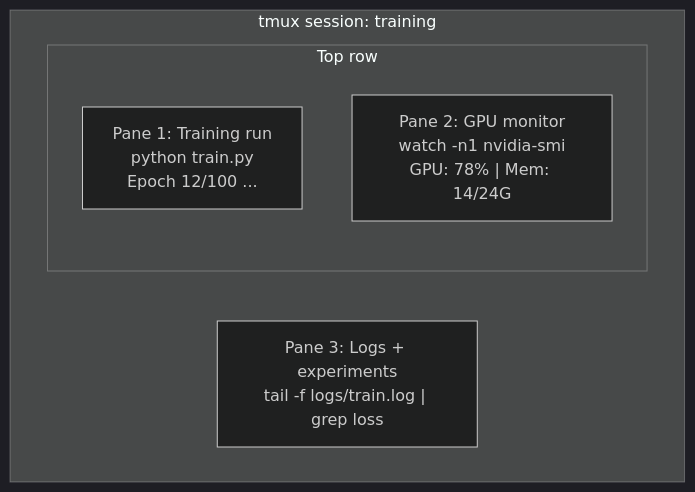
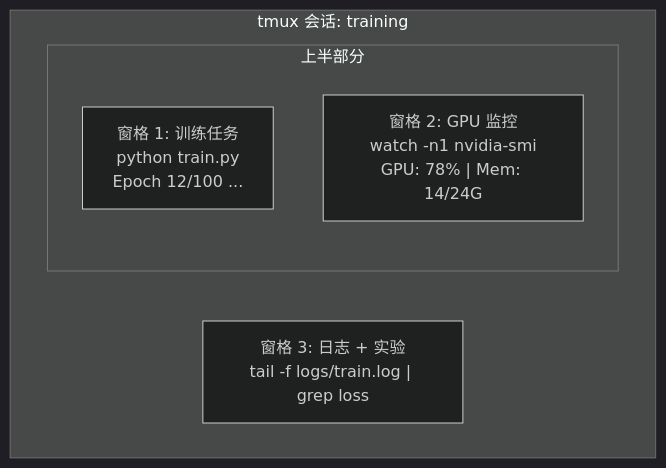
Before and after one commit to alessandrodinisio-ai/ai-engineering-learning-framework: the diagram in phases/00-setup-and-tooling/10-terminal-and-shell/docs/zh.md, drawn with Mermaid (dark theme). The commit also changed 120 other files, not shown here.

First line of the commit message:
i18n(mermaid): 337 个 mermaid 图表标签中文化

````diff
--- a/phases/00-setup-and-tooling/10-terminal-and-shell/docs/zh.md
+++ b/phases/00-setup-and-tooling/10-terminal-and-shell/docs/zh.md
@@ -25,10 +25,10 @@
 ```mermaid
 graph TD
-    subgraph tmux["tmux session: training"]
-        subgraph top["Top row"]
-            P1["Pane 1: Training run<br/>python train.py<br/>Epoch 12/100 ..."]
-            P2["Pane 2: GPU monitor<br/>watch -n1 nvidia-smi<br/>GPU: 78% | Mem: 14/24G"]
+    subgraph tmux["tmux 会话: training"]
+        subgraph top["上半部分"]
+            P1["窗格 1: 训练任务<br/>python train.py<br/>Epoch 12/100 ..."]
+            P2["窗格 2: GPU 监控<br/>watch -n1 nvidia-smi<br/>GPU: 78% | Mem: 14/24G"]
         end
-        P3["Pane 3: Logs + experiments<br/>tail -f logs/train.log | grep loss"]
+        P3["窗格 3: 日志 + 实验<br/>tail -f logs/train.log | grep loss"]
     end
 ```
````
